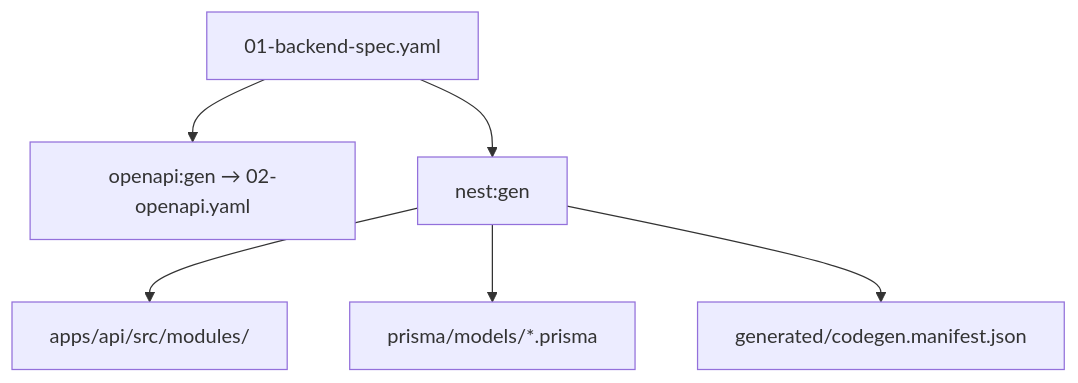
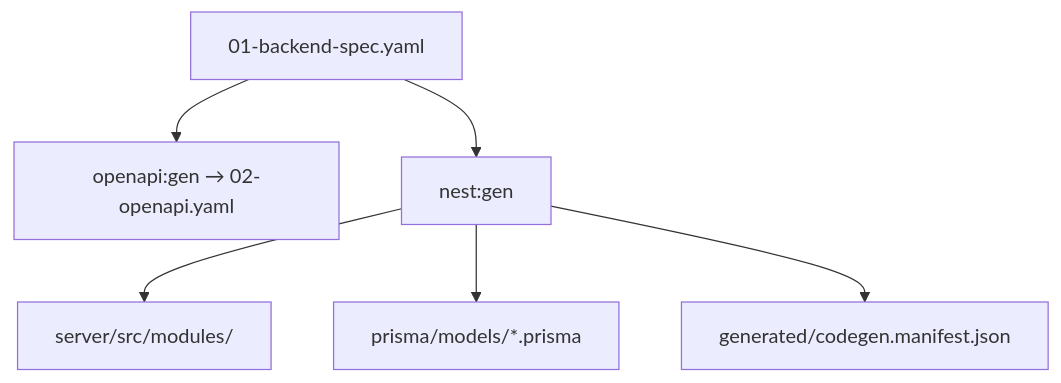
Before and after one commit to raintr91/next_nest: the third of 3 diagrams in docs/operational/BACKEND-PHASE-DIAGRAM.md, drawn with Mermaid. The commit also changed 233 other files, not shown here.

````diff
--- a/docs/operational/BACKEND-PHASE-DIAGRAM.md
+++ b/docs/operational/BACKEND-PHASE-DIAGRAM.md
@@ -54,15 +54,15 @@
 ```mermaid
 flowchart TD
   BE["01-backend-spec.yaml"]
   OG["openapi:gen → 02-openapi.yaml"]
   NG["nest:gen"]
-  MOD["apps/api/src/modules/"]
+  MOD["server/src/modules/"]
   PRISMA["prisma/models/*.prisma"]
   MAN["generated/codegen.manifest.json"]
 
   BE --> OG
   BE --> NG
   NG --> MOD
   NG --> PRISMA
   NG --> MAN
 ```
````
